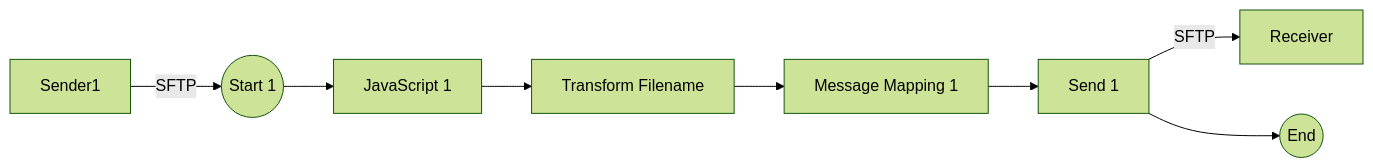
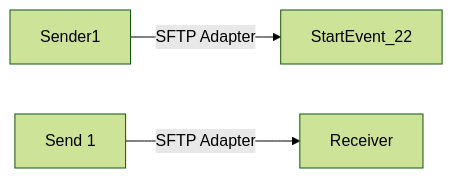
Before and after one commit to Avvale-IA-CICD/AvvaleCPI: the diagram in REPSOL - SFTP IFLOWS/Connectivity_test_UK2_SFTP_copy/1.0.1/readme.md, drawn with Mermaid (forest theme). The commit also changed other lines of this file, not shown here.

Commit message:
docs: Add/update version README for REPSOL - SFTP IFLOWS/Connectivity_test_UK2_SFTP_copy/1.0.1

````diff
--- a/REPSOL - SFTP IFLOWS/Connectivity_test_UK2_SFTP_copy/1.0.1/readme.md
+++ b/REPSOL - SFTP IFLOWS/Connectivity_test_UK2_SFTP_copy/1.0.1/readme.md
@@ -4,10 +4,5 @@
 ```mermaid
 graph LR
-    Participant_21[Sender1] -- SFTP --> StartEvent_22((Start 1))
-    StartEvent_22((Start 1)) --> CallActivity_30[JavaScript 1]
-    CallActivity_30[JavaScript 1] --> CallActivity_25[Transform Filename]
-    CallActivity_25[Transform Filename] --> CallActivity_27[Message Mapping 1]
-    CallActivity_27[Message Mapping 1] --> ServiceTask_16[Send 1]
-    ServiceTask_16[Send 1] -- SFTP --> Participant_2[Receiver]
-    ServiceTask_16[Send 1] --> EndEvent_2((End))
+    Participant_21[Sender1] -- SFTP Adapter --> StartEvent_22
+    ServiceTask_16[Send 1] -- SFTP Adapter --> Participant_2[Receiver]
 ```
````
